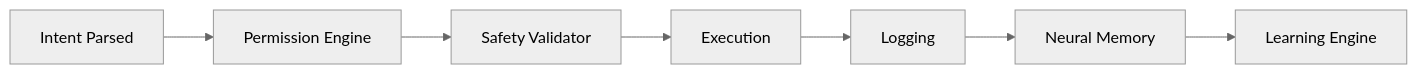
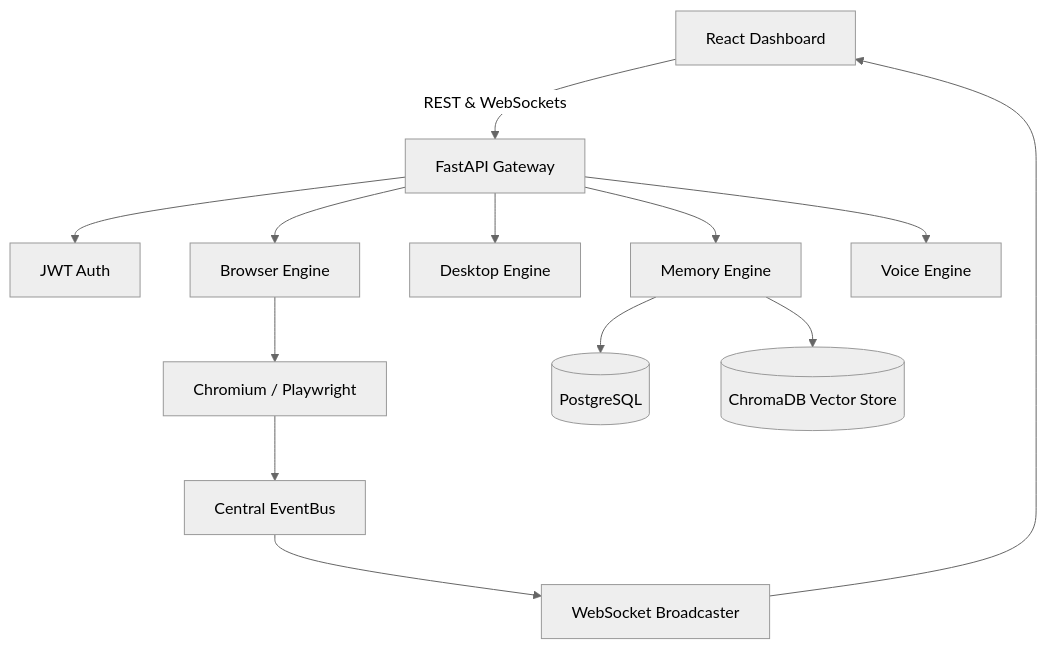
Before and after one commit to Srujankumar4346/MyAI_Assistance: the diagram in ARCHITECTURE.md, drawn with Mermaid (neutral theme). The commit also changed other lines of this file and 137 other files, not shown here.

````diff
--- a/ARCHITECTURE.md
+++ b/ARCHITECTURE.md
@@ -55,9 +5,18 @@
 ```mermaid
-flowchart LR
-    A[Intent Parsed] --> B[Permission Engine]
-    B --> C[Safety Validator]
-    C --> D[Execution]
-    D --> E[Logging]
-    E --> F[Neural Memory]
-    F --> G[Learning Engine]
+graph TD
+    Client[React Dashboard] -->|REST & WebSockets| API[FastAPI Gateway]
+    API --> Security[JWT Auth]
+    
+    API --> BrowserEngine[Browser Engine]
+    API --> DesktopEngine[Desktop Engine]
+    API --> MemoryEngine[Memory Engine]
+    API --> VoiceEngine[Voice Engine]
+    
+    BrowserEngine --> Playwright[Chromium / Playwright]
+    MemoryEngine --> Postgres[(PostgreSQL)]
+    MemoryEngine --> ChromaDB[(ChromaDB Vector Store)]
+    
+    Playwright --> EventBus[Central EventBus]
+    EventBus --> WebSocketBroadcaster[WebSocket Broadcaster]
+    WebSocketBroadcaster --> Client
 ```
````
